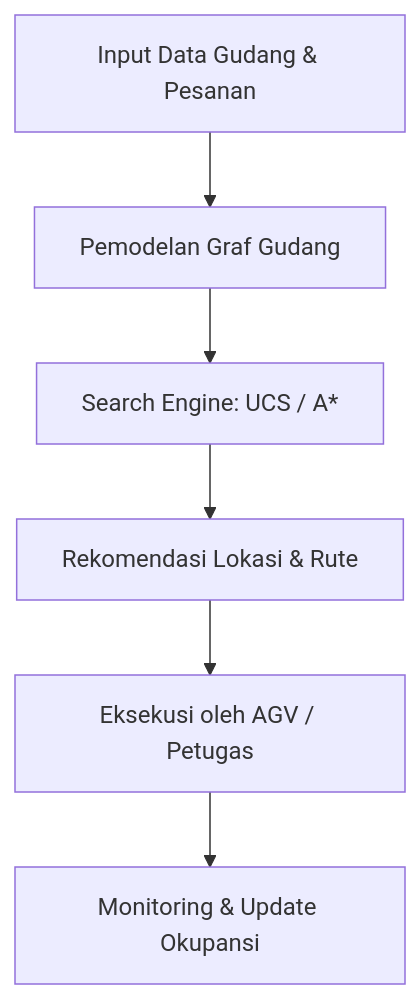
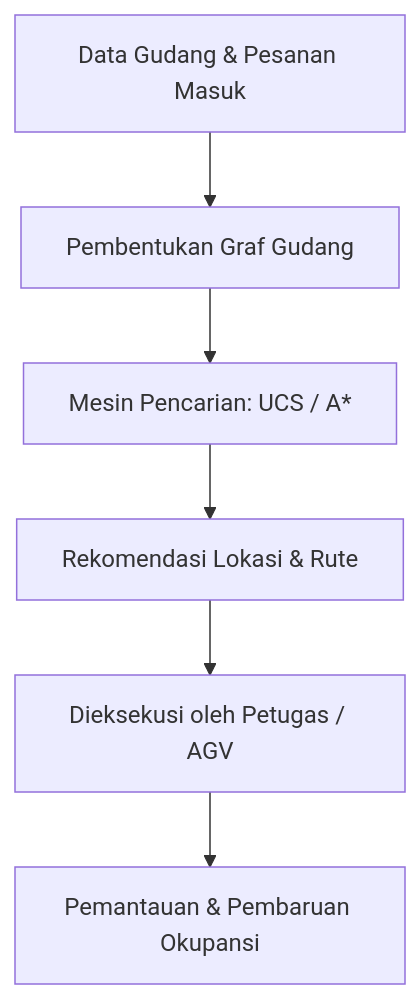
One commit to IndahSiahaan/Smart-Warehouse-Management-Agent-untuk-Optimasi-Penyimpanan-Barang changed the first of 2 diagrams in README.md. Above: the diagram before and after it, drawn with Mermaid. The commit also changed other lines of this file, not shown here.

````diff
--- a/README.md
+++ b/README.md
@@ -97,8 +93,8 @@
 ```mermaid
 flowchart TD
-    A[Input Data Gudang & Pesanan] --> B[Pemodelan Graf Gudang]
-    B --> C[Search Engine: UCS / A*]
+    A[Data Gudang & Pesanan Masuk] --> B[Pembentukan Graf Gudang]
+    B --> C[Mesin Pencarian: UCS / A*]
     C --> D[Rekomendasi Lokasi & Rute]
-    D --> E[Eksekusi oleh AGV / Petugas]
-    E --> F[Monitoring & Update Okupansi]
+    D --> E[Dieksekusi oleh Petugas / AGV]
+    E --> F[Pemantauan & Pembaruan Okupansi]
 ```
````
